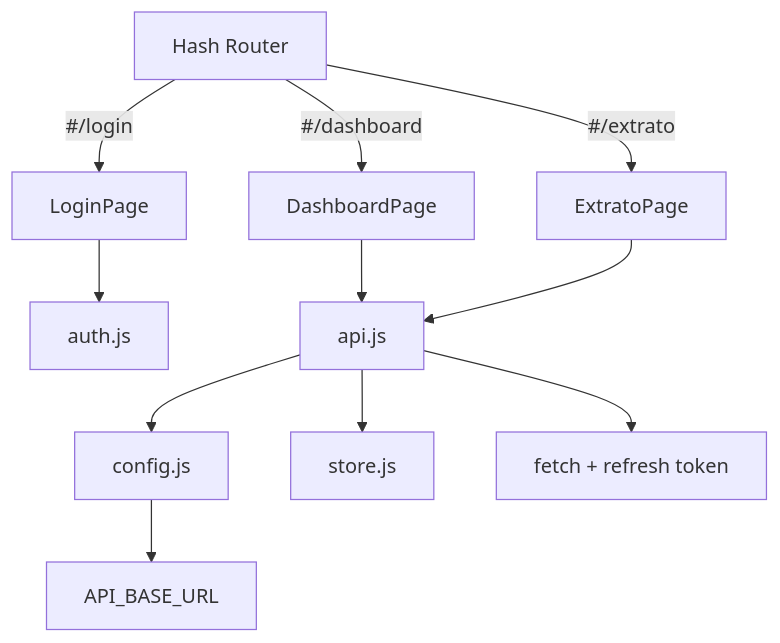
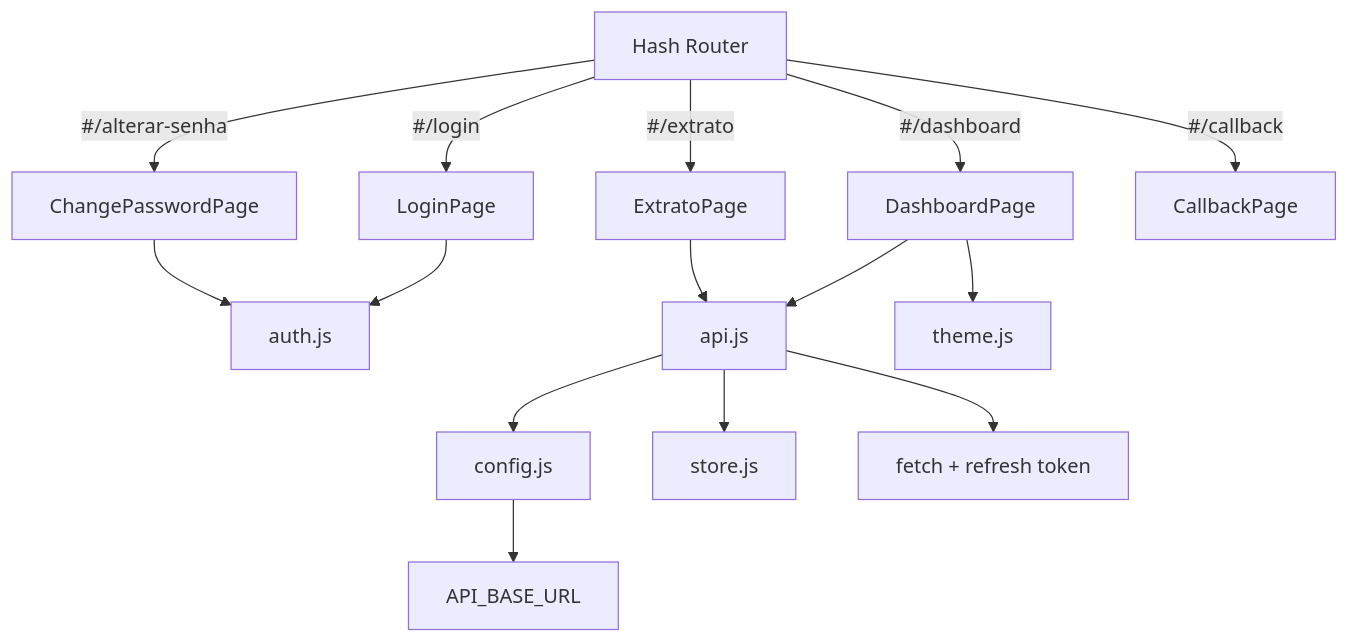
One commit to Henrique1601/Projeto-Financeiro changed the diagram in 2º Cerebro/Cerebro do projeto/Refatoração Frontend V2.md. Above: the diagram before and after it, drawn with Mermaid. The commit also changed other lines of this file and 86 other files, not shown here.

````diff
--- a/2º Cerebro/Cerebro do projeto/Refatoração Frontend V2.md
+++ b/2º Cerebro/Cerebro do projeto/Refatoração Frontend V2.md
@@ -85,16 +89,21 @@
 ```mermaid
 graph TD
     A[Hash Router] -->|#/login| B[LoginPage]
     A -->|#/dashboard| C[DashboardPage]
     A -->|#/extrato| D[ExtratoPage]
+    A -->|#/alterar-senha| E[ChangePasswordPage]
+    A -->|#/callback| F[CallbackPage]
 
-    B --> E[auth.js]
-    C --> F[api.js]
-    D --> F
+    B --> G[auth.js]
+    C --> H[api.js]
+    D --> H
+    E --> G
 
-    F --> G[config.js]
-    F --> H[store.js]
+    H --> I[config.js]
+    H --> J[store.js]
 
-    G --> I[API_BASE_URL]
-    F --> J[fetch + refresh token]
+    I --> K[API_BASE_URL]
+    H --> L[fetch + refresh token]
+
+    C --> M[theme.js]
 ```
````
